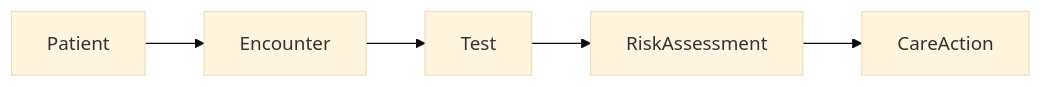
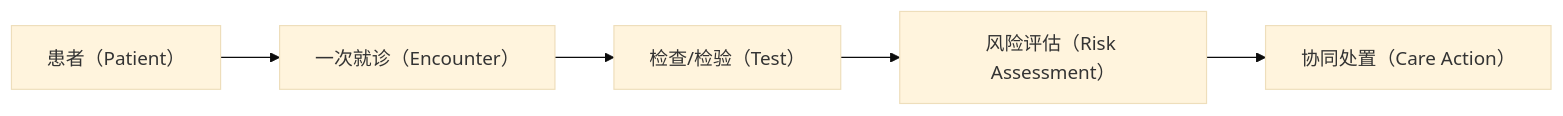
The diagram in days/Day-01.md (rexlin600/ontology_practice), drawn with Mermaid (base theme) before and after one commit. The commit also changed other lines of this file, not shown here.

````diff
--- a/days/Day-01.md
+++ b/days/Day-01.md
@@ -16,8 +31,8 @@
 ```mermaid
 flowchart LR
-  Patient["Patient"] --> Encounter["Encounter"]
-  Encounter["Encounter"] --> Test["Test"]
-  Test["Test"] --> RiskAssessment["RiskAssessment"]
-  RiskAssessment["RiskAssessment"] --> CareAction["CareAction"]
+  Patient["患者（Patient）"] --> Encounter["一次就诊（Encounter）"]
+  Encounter["一次就诊（Encounter）"] --> Test["检查/检验（Test）"]
+  Test["检查/检验（Test）"] --> RiskAssessment["风险评估（Risk Assessment）"]
+  RiskAssessment["风险评估（Risk Assessment）"] --> CareAction["协同处置（Care Action）"]
 
 ```
````
